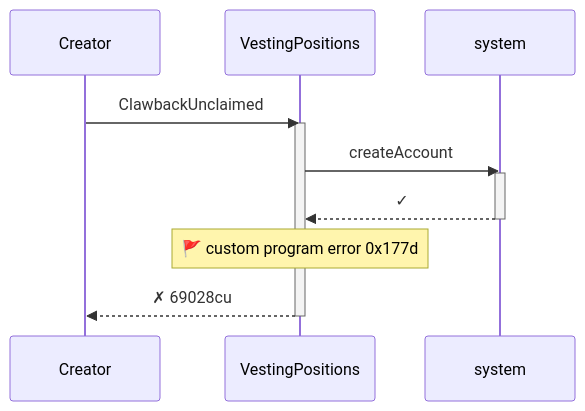
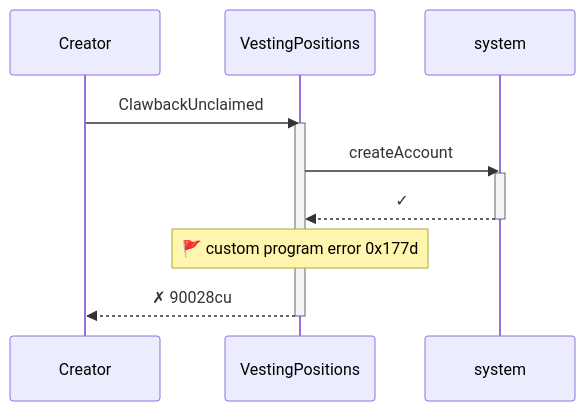
The fourth of 6 diagrams in babelfish-tests/test-report/clawback_unclaimed_rejects_invalid_proof.md (cds-turbin3/vesting-position), drawn with Mermaid before and after one commit. The commit also changed other lines of this file and 106 other files, not shown here.

````diff
--- a/babelfish-tests/test-report/clawback_unclaimed_rejects_invalid_proof.md
+++ b/babelfish-tests/test-report/clawback_unclaimed_rejects_invalid_proof.md
@@ -200,15 +205,15 @@
 ```mermaid
 sequenceDiagram
     participant p0 as Creator
     participant p1 as VestingPositions
     participant p2 as system
     p0->>p1: ClawbackUnclaimed
     activate p1
     p1->>p2: createAccount
     activate p2
     p2-->>p1: ✓
     deactivate p2
     note over p1: 🚩 custom program error  0x177d
-    p1-->>p0: ✗ 69028cu
+    p1-->>p0: ✗ 90028cu
     deactivate p1
 ```
````
